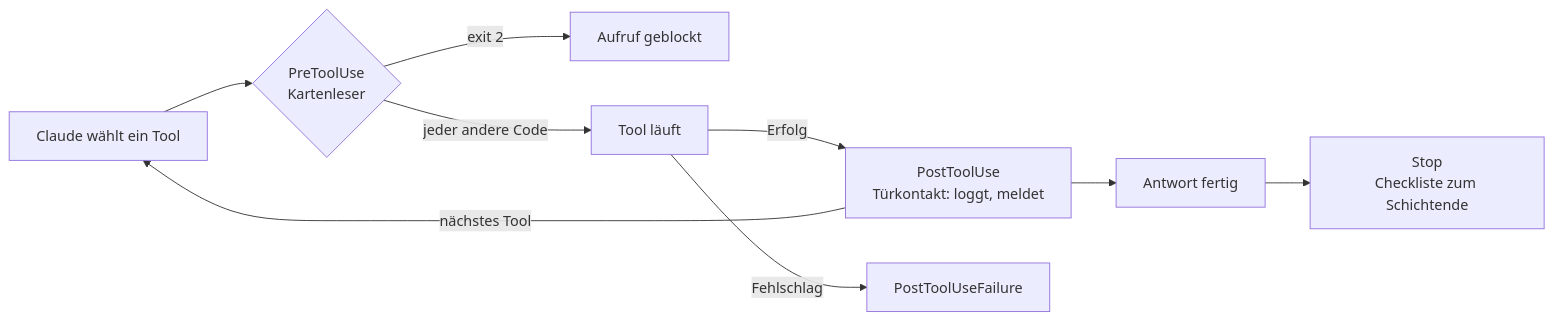
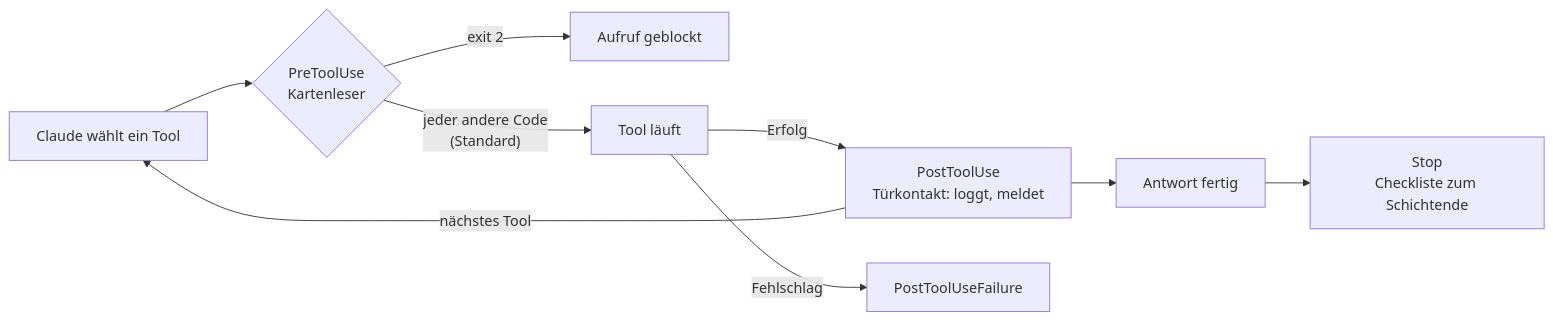
The diagram in resources/library/s2-06-hooks-als-sensoren.md (dynamic-dome/dynamic-workshop), drawn with Mermaid before and after one commit. The commit also changed other lines of this file and 12 other files, not shown here.

````diff
--- a/resources/library/s2-06-hooks-als-sensoren.md
+++ b/resources/library/s2-06-hooks-als-sensoren.md
@@ -41,11 +41,11 @@
 ```mermaid
 flowchart LR
   A["Claude wählt ein Tool"] --> B{"PreToolUse<br/>Kartenleser"}
   B -- "exit 2" --> X["Aufruf geblockt"]
-  B -- "jeder andere Code" --> C["Tool läuft"]
+  B -- "jeder andere Code<br/>(Standard)" --> C["Tool läuft"]
   C -- "Erfolg" --> D["PostToolUse<br/>Türkontakt: loggt, meldet"]
   C -- "Fehlschlag" --> F["PostToolUseFailure"]
   D -- "nächstes Tool" --> A
   D --> E["Antwort fertig"]
   E --> G["Stop<br/>Checkliste zum Schichtende"]
 ```
````
